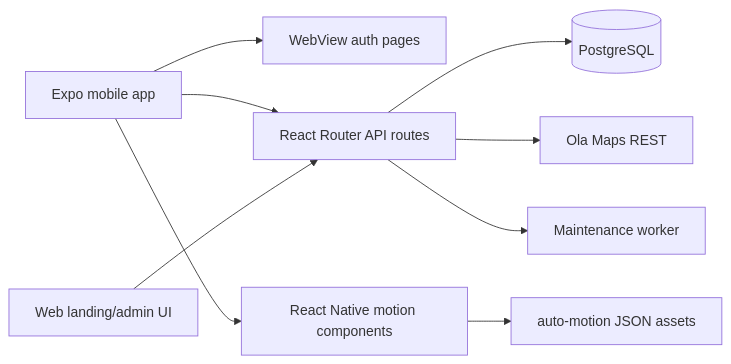
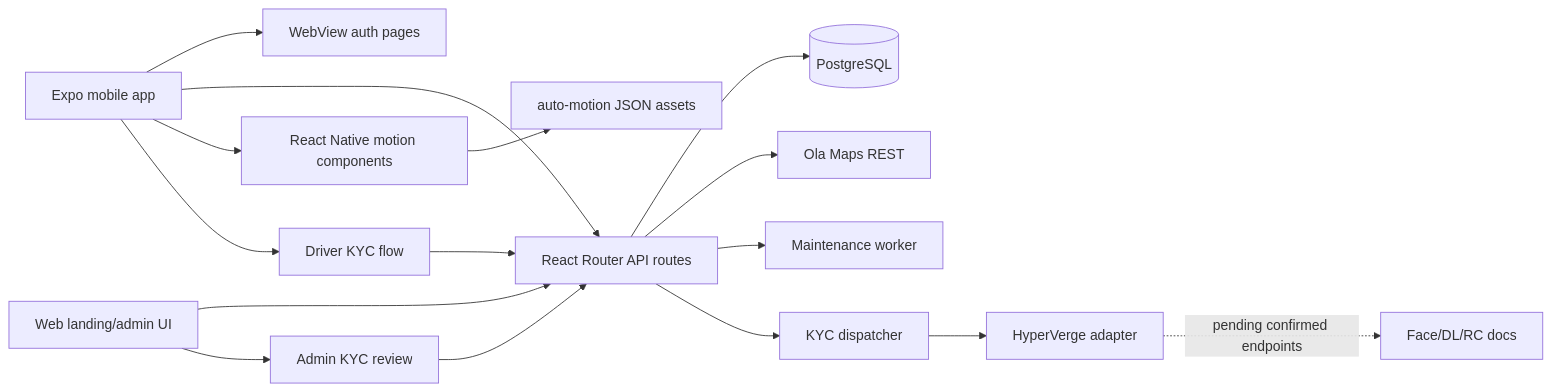
The diagram in README.md (RohitRajMaturu/AutoRiderApp), drawn with Mermaid before and after one commit. The commit also changed other lines of this file and 1 other file, not shown here.

Commit message:
docs: update KYC status and knowledge graph

````diff
--- a/README.md
+++ b/README.md
@@ -178,11 +217,18 @@
 ```mermaid
 flowchart LR
   Mobile[Expo mobile app] --> AuthWeb[WebView auth pages]
   Mobile --> Api[React Router API routes]
   WebLanding[Web landing/admin UI] --> Api
   Api --> Postgres[(PostgreSQL)]
   Api --> Ola[Ola Maps REST]
   Api --> Maintenance[Maintenance worker]
   Mobile --> Motion[React Native motion components]
   Motion --> MotionAssets[auto-motion JSON assets]
+  Mobile --> DriverKyc[Driver KYC flow]
+  DriverKyc --> Api
+  WebLanding --> AdminKyc[Admin KYC review]
+  AdminKyc --> Api
+  Api --> KycDispatcher[KYC dispatcher]
+  KycDispatcher --> HyperVerge[HyperVerge adapter]
+  HyperVerge -. pending confirmed endpoints .-> HyperVergeDocs[Face/DL/RC docs]
 ```
````
